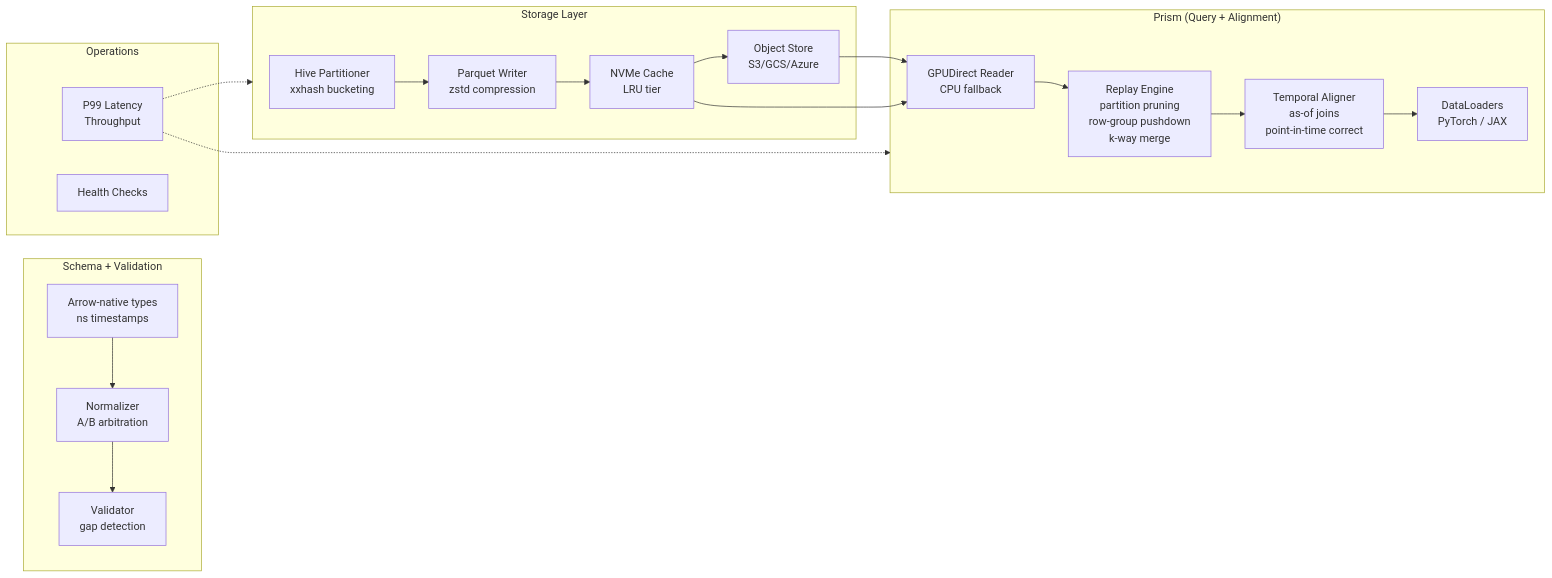
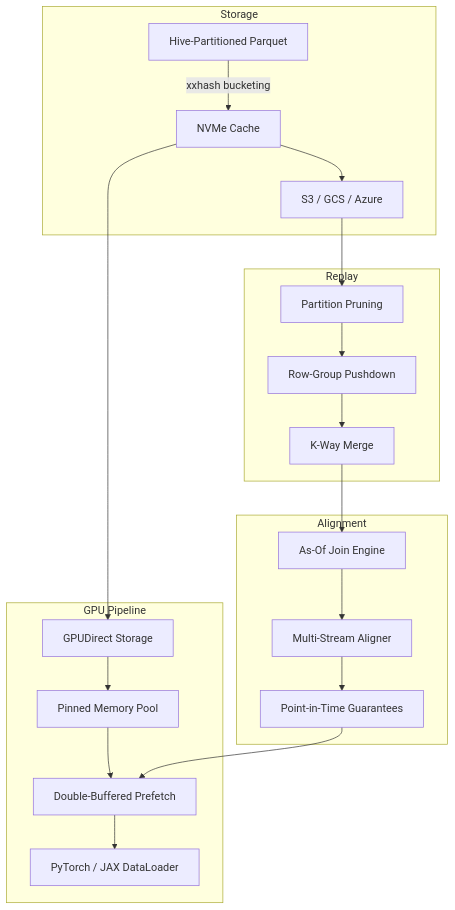
Before and after one commit to RyanJHamby/FlowState: the diagram in README.md, drawn with Mermaid. The commit also changed other lines of this file and 1 other file, not shown here.

````diff
--- a/README.md
+++ b/README.md
@@ -21,36 +32,28 @@
 ```mermaid
-graph LR
-    subgraph Storage["Storage Layer"]
-        PART[Hive Partitioner<br/>xxhash bucketing]
-        PQ[Parquet Writer<br/>zstd compression]
-        CACHE[NVMe Cache<br/>LRU tier]
-        OBJ[Object Store<br/>S3/GCS/Azure]
-        PART --> PQ --> CACHE --> OBJ
+graph TD
+    subgraph Storage
+        A[Hive-Partitioned Parquet] -->|xxhash bucketing| B[NVMe Cache]
+        B --> C[S3 / GCS / Azure]
     end
 
-    subgraph Prism["Prism (Query + Alignment)"]
-        REPLAY[Replay Engine<br/>partition pruning<br/>row-group pushdown<br/>k-way merge]
-        ALIGN[Temporal Aligner<br/>as-of joins<br/>point-in-time correct]
-        GPU[GPUDirect Reader<br/>CPU fallback]
-        DL[DataLoaders<br/>PyTorch / JAX]
-        REPLAY --> ALIGN
-        GPU --> REPLAY
-        ALIGN --> DL
+    subgraph Replay
+        D[Partition Pruning] --> E[Row-Group Pushdown]
+        E --> F[K-Way Merge]
     end
 
-    subgraph Schema["Schema + Validation"]
-        TYPES[Arrow-native types<br/>ns timestamps]
-        NORM[Normalizer<br/>A/B arbitration]
-        VAL[Validator<br/>gap detection]
+    subgraph Alignment
+        G[As-Of Join Engine] --> H[Multi-Stream Aligner]
+        H --> I[Point-in-Time Guarantees]
     end
 
-    subgraph Ops["Operations"]
-        MET[P99 Latency<br/>Throughput]
-        HEALTH[Health Checks]
+    subgraph GPU Pipeline
+        J[GPUDirect Storage] --> K[Pinned Memory Pool]
+        K --> L[Double-Buffered Prefetch]
+        L --> M[PyTorch / JAX DataLoader]
     end
 
-    OBJ --> GPU
-    CACHE --> GPU
-    TYPES --> NORM --> VAL
-    MET -.-> Storage & Prism
+    C --> D
+    B --> J
+    F --> G
+    I --> L
 ```
````
